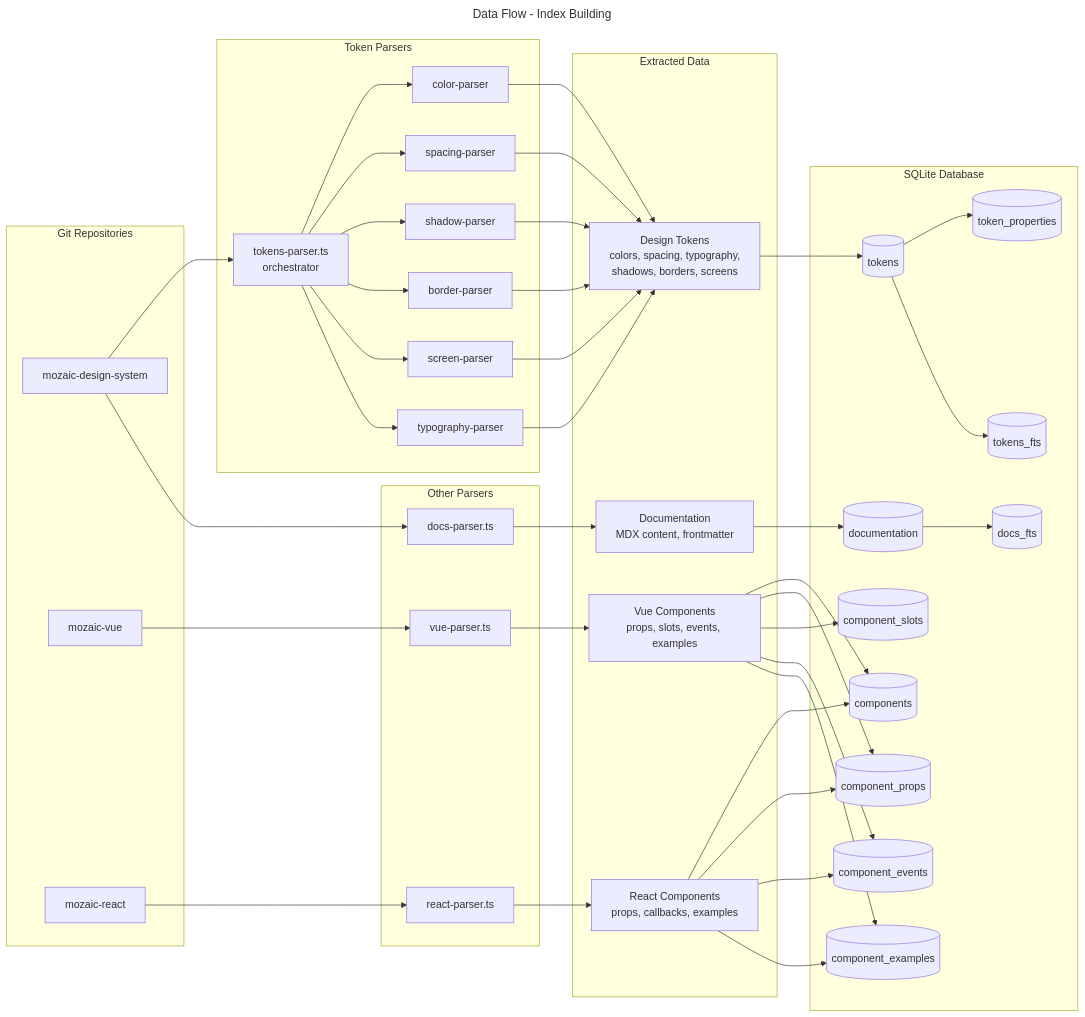
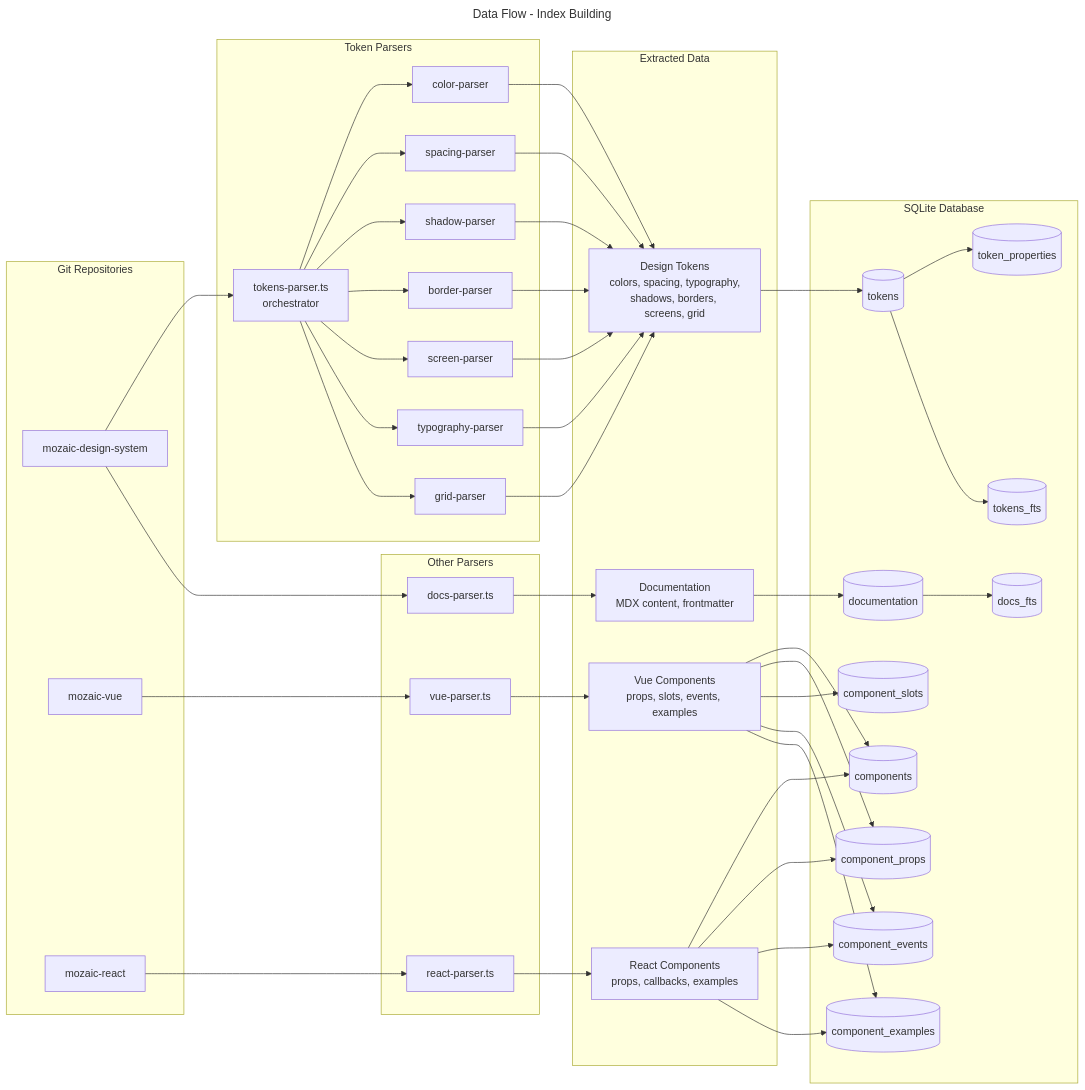
Before and after one commit to MerzoukeMansouri/adeo-mozaic-mcp: the diagram in docs/assets/dataflow.mmd, drawn with Mermaid. The commit also changed 7 other files, not shown here.

```diff
--- a/docs/assets/dataflow.mmd
+++ b/docs/assets/dataflow.mmd
@@ -1,58 +1,59 @@
 ---
 title: Data Flow - Index Building
 ---
 flowchart LR
     subgraph Repos["Git Repositories"]
         R1[mozaic-design-system]
         R2[mozaic-vue]
         R3[mozaic-react]
     end
 
     subgraph TokenParsers["Token Parsers"]
         TP[tokens-parser.ts<br/>orchestrator]
         TP1[color-parser]
         TP2[spacing-parser]
         TP3[shadow-parser]
         TP4[border-parser]
         TP5[screen-parser]
         TP6[typography-parser]
+        TP7[grid-parser]
     end
 
     subgraph OtherParsers["Other Parsers"]
         P2[vue-parser.ts]
         P3[react-parser.ts]
         P4[docs-parser.ts]
     end
 
     subgraph Data["Extracted Data"]
-        D1[Design Tokens<br/>colors, spacing, typography,<br/>shadows, borders, screens]
+        D1[Design Tokens<br/>colors, spacing, typography,<br/>shadows, borders, screens, grid]
         D2[Vue Components<br/>props, slots, events, examples]
         D3[React Components<br/>props, callbacks, examples]
         D4[Documentation<br/>MDX content, frontmatter]
     end
 
     subgraph DB["SQLite Database"]
         T1[(tokens)]
         T1P[(token_properties)]
         T1F[(tokens_fts)]
         T2[(components)]
         T3[(component_props)]
         T4[(component_slots)]
         T5[(component_events)]
         T6[(component_examples)]
         T7[(documentation)]
         T8[(docs_fts)]
     end
 
     R1 --> TP
-    TP --> TP1 & TP2 & TP3 & TP4 & TP5 & TP6
-    TP1 & TP2 & TP3 & TP4 & TP5 & TP6 --> D1
+    TP --> TP1 & TP2 & TP3 & TP4 & TP5 & TP6 & TP7
+    TP1 & TP2 & TP3 & TP4 & TP5 & TP6 & TP7 --> D1
     D1 --> T1
     T1 --> T1P & T1F
 
     R1 --> P4 --> D4 --> T7 --> T8
     R2 --> P2 --> D2 --> T2
     R3 --> P3 --> D3 --> T2
 
     D2 --> T3 & T4 & T5 & T6
     D3 --> T3 & T5 & T6
```
